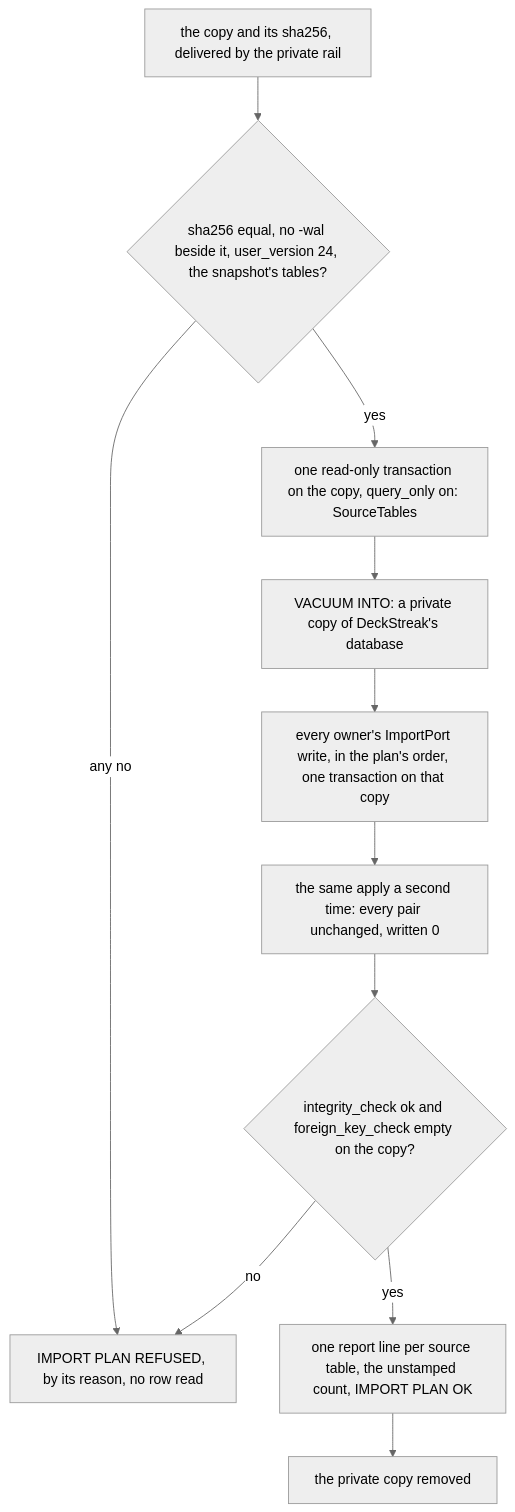
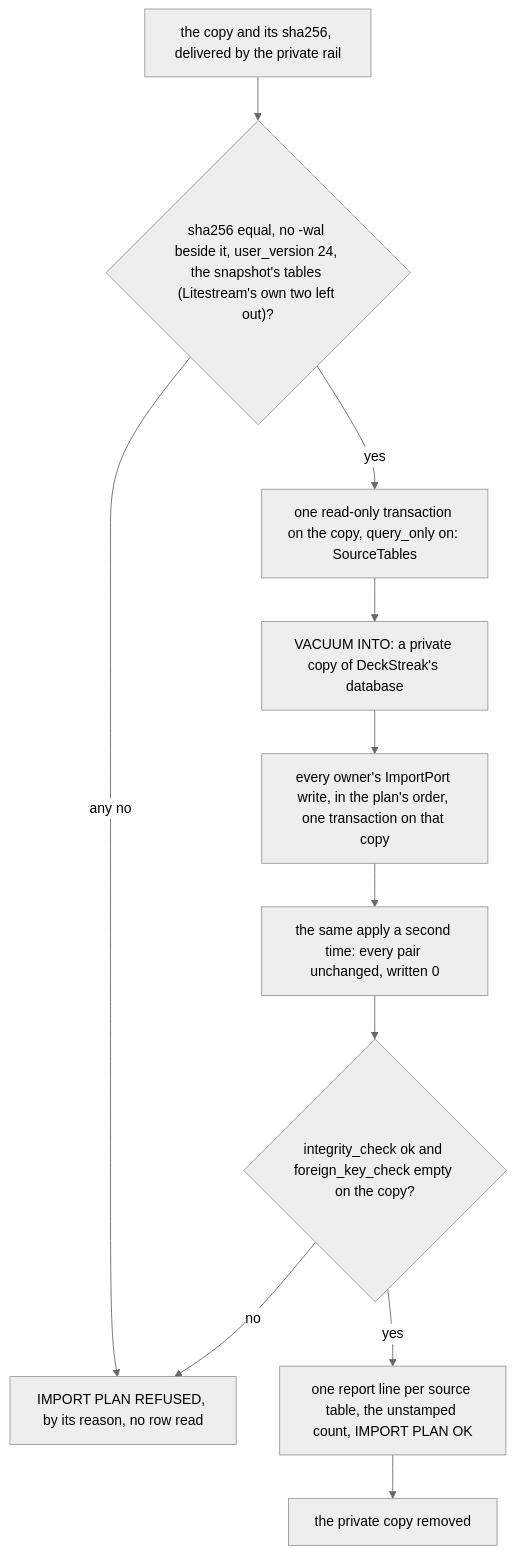
One commit to RexRenatus/deck-streak changed the first of 3 diagrams in docs/schematics/v9-import-run.md. Above: the diagram before and after it, drawn with Mermaid (neutral theme). The commit also changed 1 other file, not shown here.

Commit message:
docs(specs): leave replication tables out of the copy checks

````diff
--- a/docs/schematics/v9-import-run.md
+++ b/docs/schematics/v9-import-run.md
@@ -15,13 +15,13 @@
 ```mermaid
 flowchart TD
-  copy["the copy and its sha256, delivered by the private rail"] --> check{"sha256 equal, no -wal beside it, user_version 24, the snapshot's tables?"}
+  copy["the copy and its sha256, delivered by the private rail"] --> check{"sha256 equal, no -wal beside it, user_version 24, the snapshot's tables (Litestream's own two left out)?"}
   check -- "any no" --> refuse["IMPORT PLAN REFUSED, by its reason, no row read"]
   check -- "yes" --> read["one read-only transaction on the copy, query_only on: SourceTables"]
   read --> vac["VACUUM INTO: a private copy of DeckStreak's database"]
   vac --> apply1["every owner's ImportPort write, in the plan's order, one transaction on that copy"]
   apply1 --> apply2["the same apply a second time: every pair unchanged, written 0"]
   apply2 --> integ{"integrity_check ok and foreign_key_check empty on the copy?"}
   integ -- "no" --> refuse
   integ -- "yes" --> report["one report line per source table, the unstamped count, IMPORT PLAN OK"]
   report --> rm["the private copy removed"]
 ```
````
